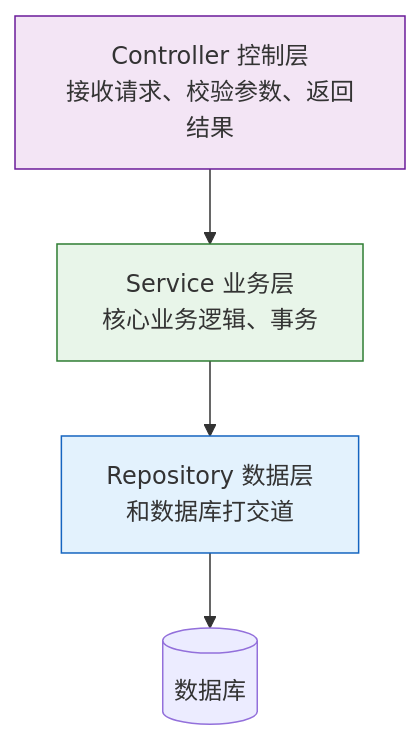
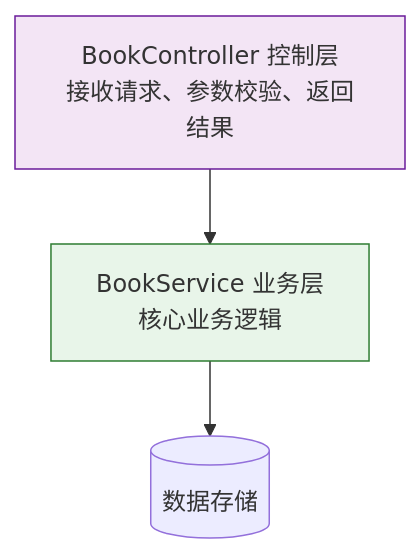
Diagram 15 of 17 in spring-boot-3.5-学习资料/06-Web开发-Controller与RESTful.md (zerioo1970/summary), drawn with Mermaid before and after one commit. The commit also changed other lines of this file and 1 other file, not shown here.

````diff
--- a/spring-boot-3.5-学习资料/06-Web开发-Controller与RESTful.md
+++ b/spring-boot-3.5-学习资料/06-Web开发-Controller与RESTful.md
@@ -250,10 +905,8 @@
 ```mermaid
 flowchart TD
-    A[Controller 控制层<br/>接收请求、校验参数、返回结果] --> B[Service 业务层<br/>核心业务逻辑、事务]
-    B --> C[Repository 数据层<br/>和数据库打交道]
-    C --> D[(数据库)]
+    A[BookController 控制层<br/>接收请求、参数校验、返回结果] --> B[BookService 业务层<br/>核心业务逻辑]
+    B --> C[(数据存储)]
 
     style A fill:#f3e5f5,stroke:#6a1b9a
     style B fill:#e8f5e9,stroke:#2e7d32
-    style C fill:#e3f2fd,stroke:#1565c0
 ```
````
